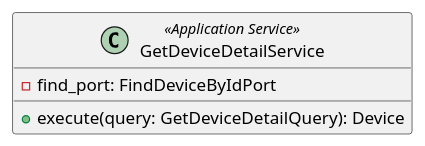
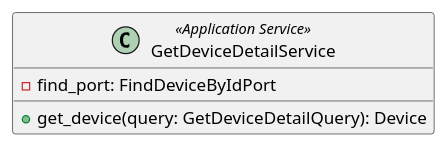
The diagram in src/PB/DocumentazioneEsterna/Specifica_Tecnica/content/uml/puml/Diagrammi_classi/Backend/ApplicationServices/GetDeviceDetailService.puml (GroupRubberDuck/Documentazione), drawn with PlantUML before and after one commit. The commit also changed 13 other files, not shown here.

Commit message:
Feat: completati diagrammi device

```diff
--- a/src/PB/DocumentazioneEsterna/Specifica_Tecnica/content/uml/puml/Diagrammi_classi/Backend/ApplicationServices/GetDeviceDetailService.puml
+++ b/src/PB/DocumentazioneEsterna/Specifica_Tecnica/content/uml/puml/Diagrammi_classi/Backend/ApplicationServices/GetDeviceDetailService.puml
@@ -1,9 +1,9 @@
 @startuml GetDeviceDetailService
 
 class GetDeviceDetailService <<Application Service>> {
     - find_port: FindDeviceByIdPort
 
-    + execute(query: GetDeviceDetailQuery): Device
+    + get_device(query: GetDeviceDetailQuery): Device
 }
 
 @enduml
```
